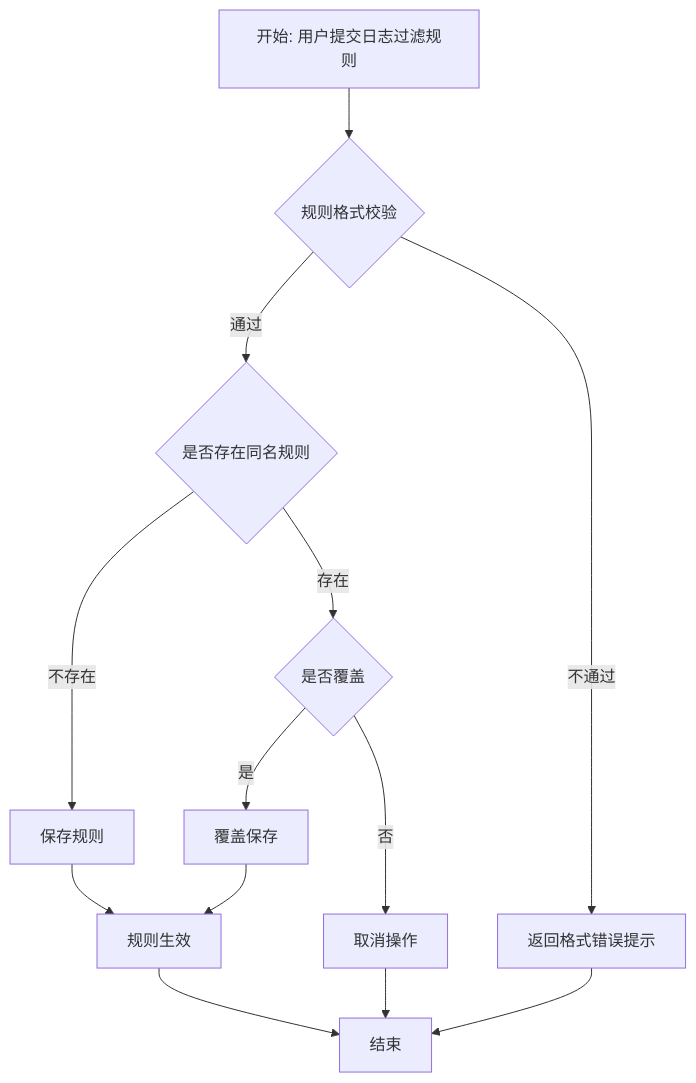
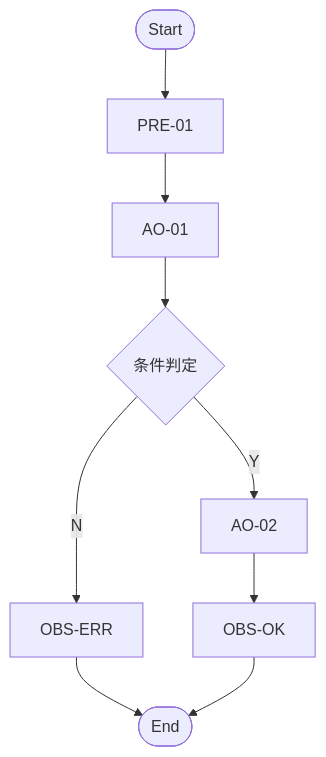
One commit to hyde-zhao/ptm-team changed the diagram in skills/process-design/SKILL.md. Above: the diagram before and after it, drawn with Mermaid. The commit also changed other lines of this file and 32 other files, not shown here.

````diff
--- a/skills/process-design/SKILL.md
+++ b/skills/process-design/SKILL.md
@@ -69,15 +235,11 @@
 ```mermaid
 flowchart TD
-    A[开始: 用户提交日志过滤规则] --> B{规则格式校验}
-    B -->|通过| C{是否存在同名规则}
-    B -->|不通过| D[返回格式错误提示]
-    C -->|不存在| E[保存规则]
-    C -->|存在| F{是否覆盖}
-    F -->|是| G[覆盖保存]
-    F -->|否| H[取消操作]
-    E --> I[规则生效]
-    G --> I
-    D --> J[结束]
-    H --> J
-    I --> J
+    START([Start]) --> PRE1[PRE-01]
+    PRE1 --> AO1[AO-01]
+    AO1 --> D1{条件判定}
+    D1 -->|Y| AO2[AO-02]
+    D1 -->|N| OBS1[OBS-ERR]
+    AO2 --> OBS2[OBS-OK]
+    OBS1 --> END([End])
+    OBS2 --> END
 ```
````
